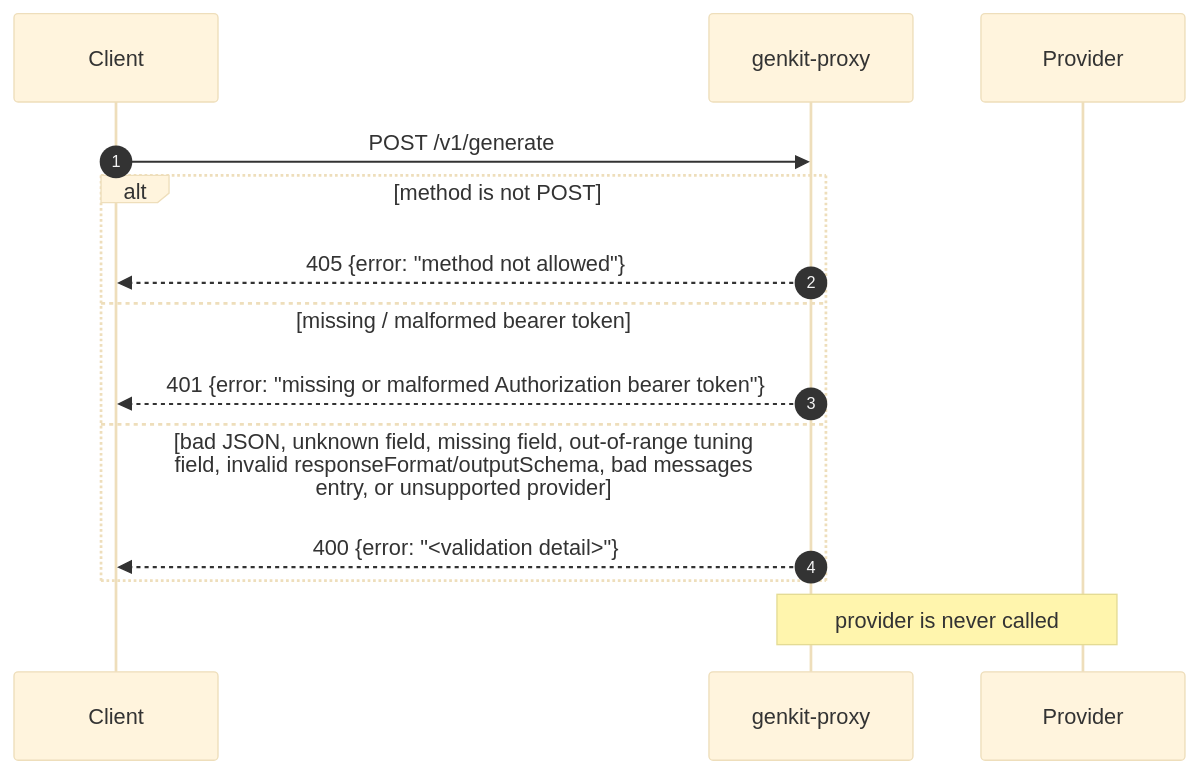
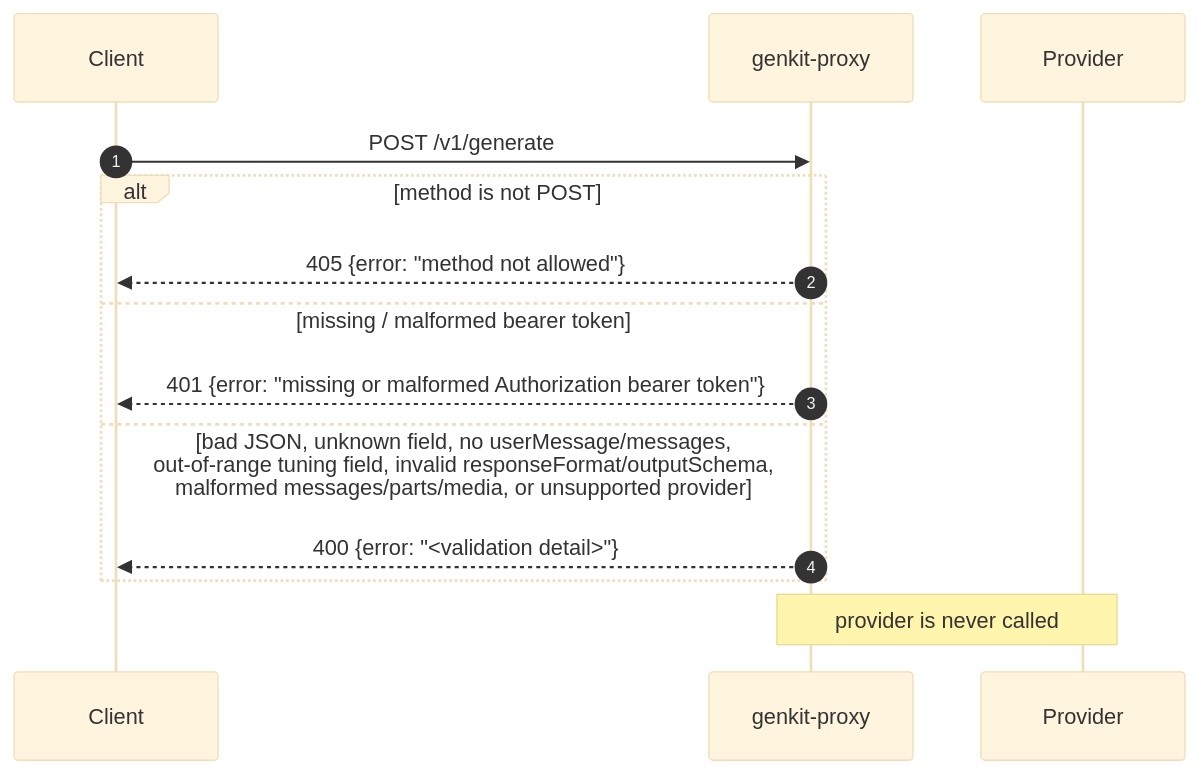
Before and after one commit to nicolapasqua99/genkit-proxy: the second of 7 diagrams in docs/api.md, drawn with Mermaid (base theme). The commit also changed other lines of this file and 7 other files, not shown here.

````diff
--- a/docs/api.md
+++ b/docs/api.md
@@ -145,17 +156,17 @@
 ```mermaid
 sequenceDiagram
     autonumber
     participant C as Client
     participant X as genkit-proxy
     participant P as Provider
 
     C->>X: POST /v1/generate
     alt method is not POST
         X-->>C: 405 {error: "method not allowed"}
     else missing / malformed bearer token
         X-->>C: 401 {error: "missing or malformed Authorization bearer token"}
-    else bad JSON, unknown field, missing field, out-of-range tuning field, invalid responseFormat/outputSchema, bad messages entry, or unsupported provider
+    else bad JSON, unknown field, no userMessage/messages, out-of-range tuning field, invalid responseFormat/outputSchema, malformed messages/parts/media, or unsupported provider
         X-->>C: 400 {error: "<validation detail>"}
     end
     Note over X,P: provider is never called
 ```
````
